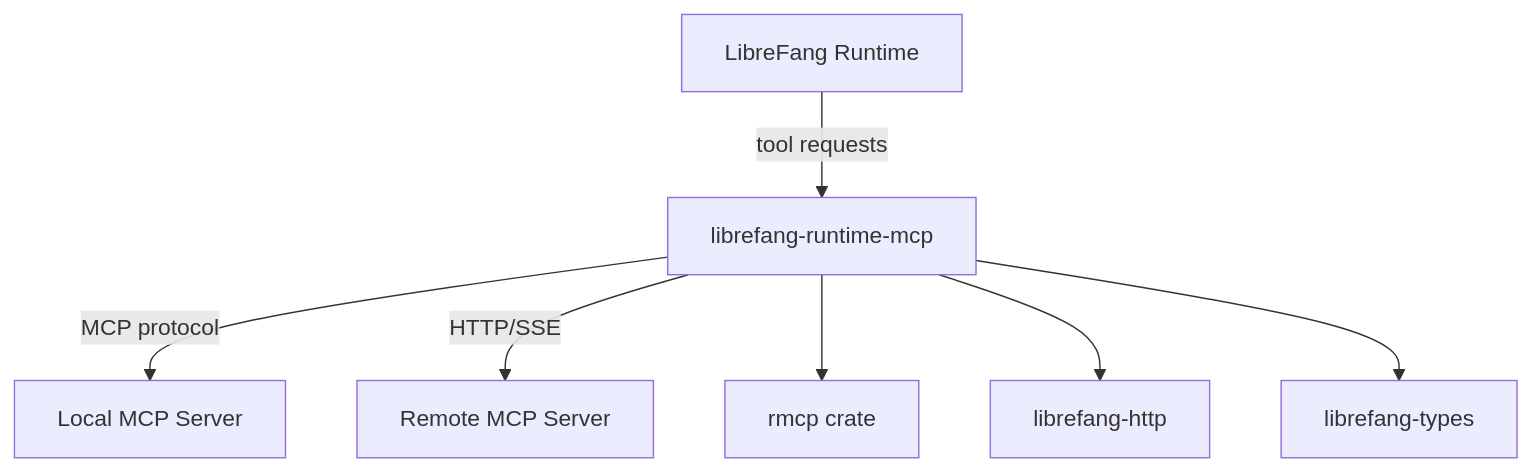
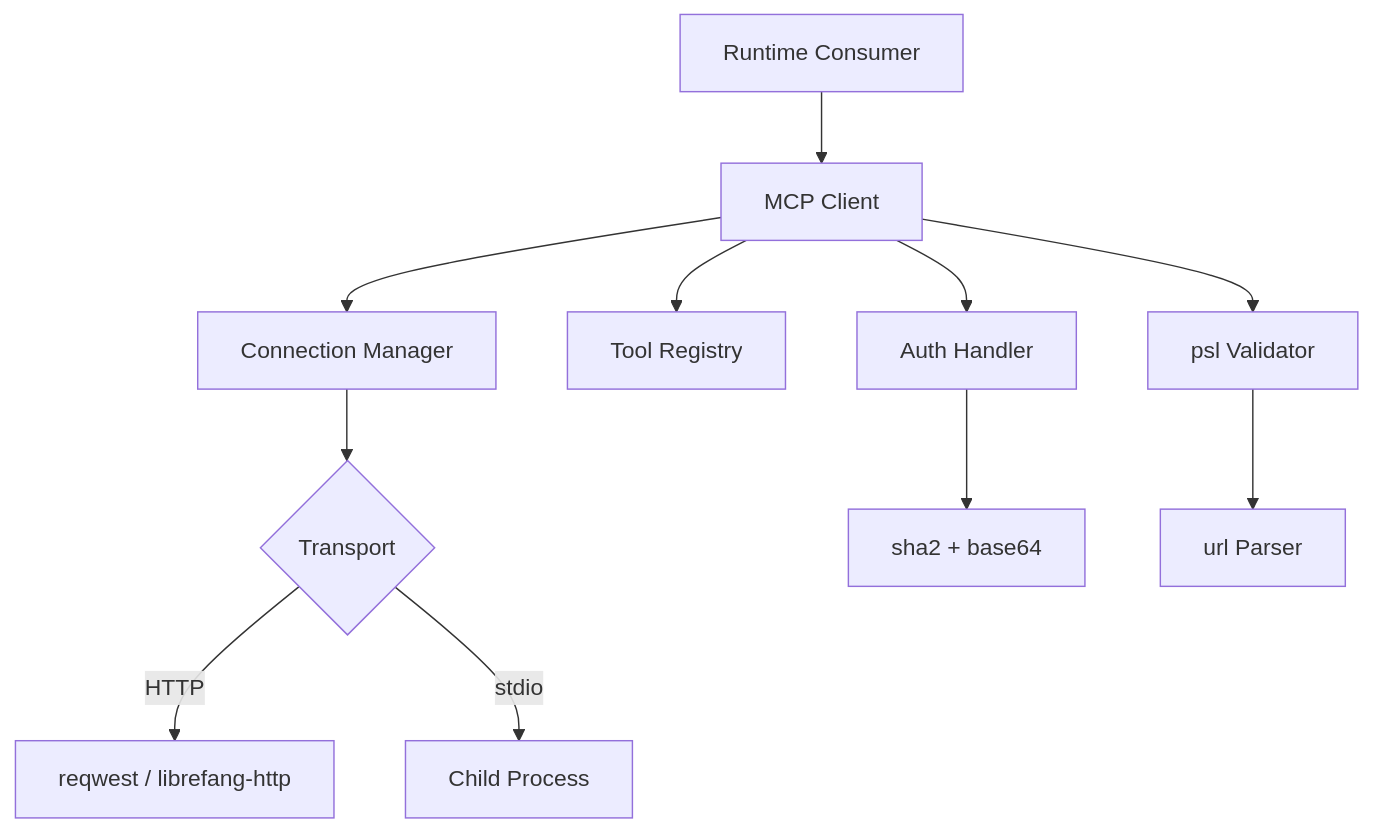
One commit to leszek3737/librefang-WIki changed the diagram in other-librefang-runtime-mcp.md. Above: the diagram before and after it, drawn with Mermaid. The commit also changed other lines of this file and 122 other files, not shown here.

````diff
--- a/other-librefang-runtime-mcp.md
+++ b/other-librefang-runtime-mcp.md
@@ -18,9 +42,13 @@
 ```mermaid
 graph TD
-    A[LibreFang Runtime] -->|tool requests| B[librefang-runtime-mcp]
-    B -->|MCP protocol| C[Local MCP Server]
-    B -->|HTTP/SSE| D[Remote MCP Server]
-    B --> E[rmcp crate]
-    B --> F[librefang-http]
-    B --> G[librefang-types]
+    A[Runtime Consumer] --> B[MCP Client]
+    B --> C[Connection Manager]
+    C --> D{Transport}
+    D -->|HTTP| E[reqwest / librefang-http]
+    D -->|stdio| F[Child Process]
+    B --> G[Tool Registry]
+    B --> H[Auth Handler]
+    H --> I[sha2 + base64]
+    B --> J[psl Validator]
+    J --> K[url Parser]
 ```
````
